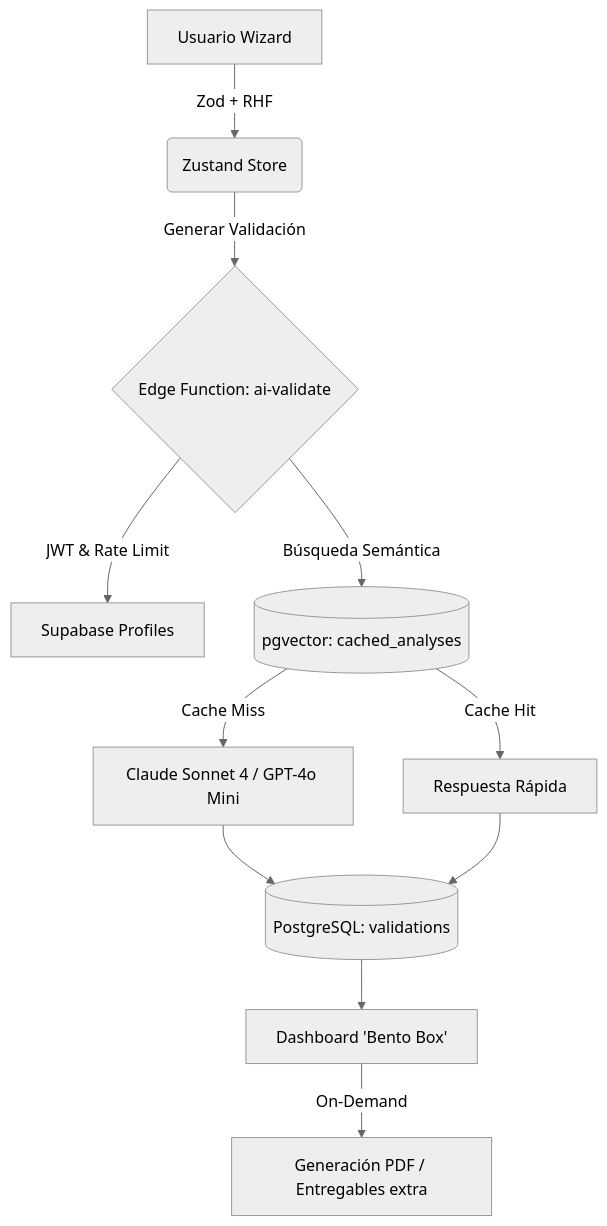
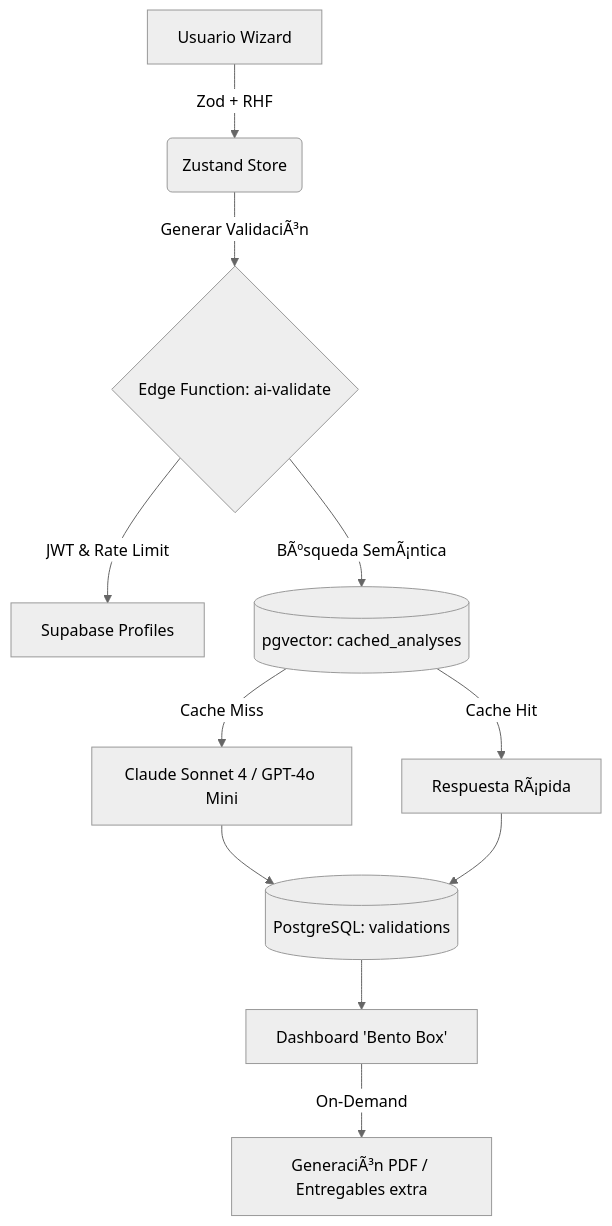
One commit to lucifxr63/stars changed the diagram in validateai/README.md. Above: the diagram before and after it, drawn with Mermaid (neutral theme). The commit also changed other lines of this file and 48 other files, not shown here.

````diff
--- a/validateai/README.md
+++ b/validateai/README.md
@@ -112,13 +112,13 @@
 ```mermaid
 graph TD
     A[Usuario Wizard] -->|Zod + RHF| B(Zustand Store)
-    B -->|Generar Validación| C{Edge Function: ai-validate}
+    B -->|Generar ValidaciÃ³n| C{Edge Function: ai-validate}
     C -->|JWT & Rate Limit| D[Supabase Profiles]
-    C -->|Búsqueda Semántica| E[(pgvector: cached_analyses)]
+    C -->|BÃºsqueda SemÃ¡ntica| E[(pgvector: cached_analyses)]
     E -->|Cache Miss| F[Claude Sonnet 4 / GPT-4o Mini]
-    E -->|Cache Hit| G[Respuesta Rápida]
+    E -->|Cache Hit| G[Respuesta RÃ¡pida]
     F --> H[(PostgreSQL: validations)]
     G --> H
     H --> I[Dashboard 'Bento Box']
-    I -->|On-Demand| J[Generación PDF / Entregables extra]
+    I -->|On-Demand| J[GeneraciÃ³n PDF / Entregables extra]
 ```
````
